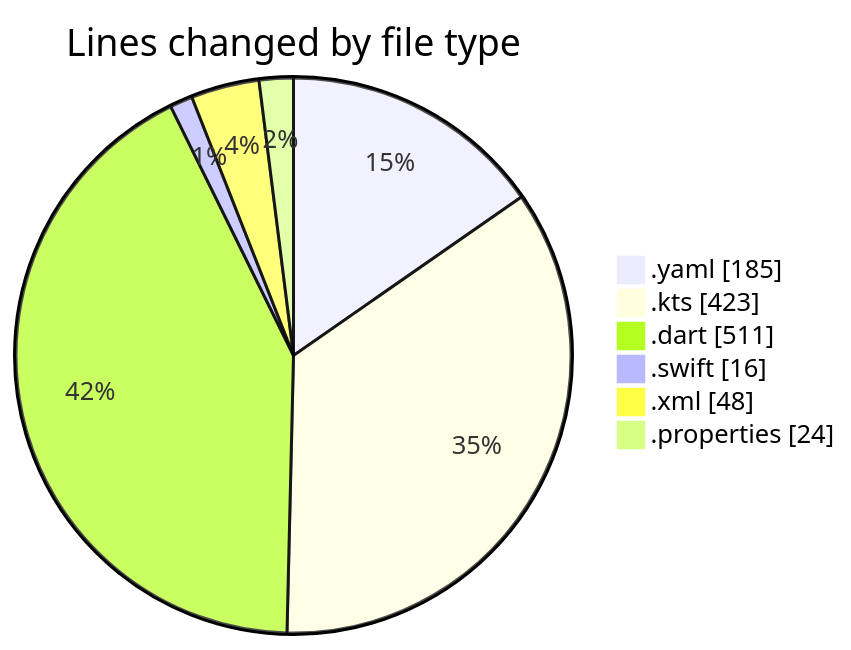
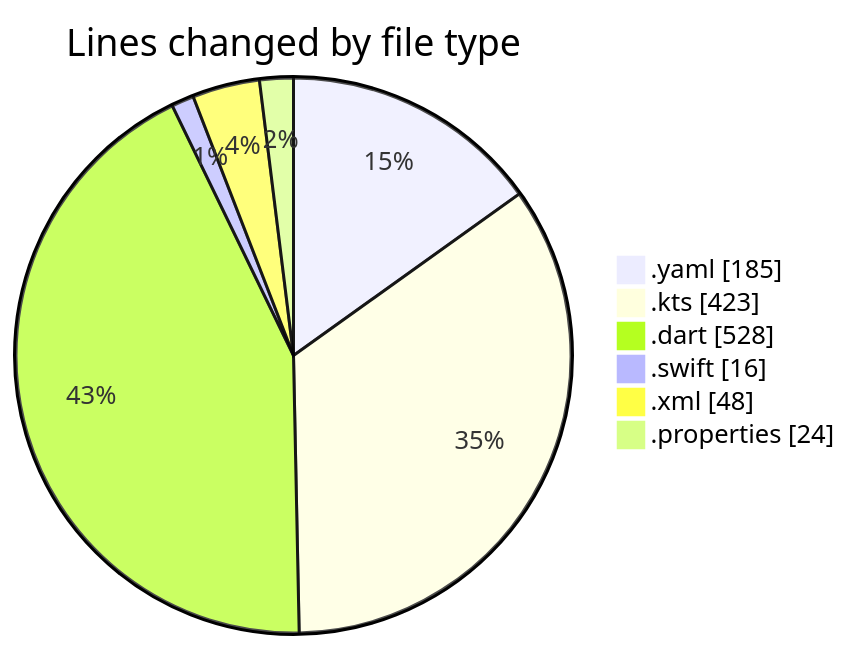
Before and after one commit to donsfak/code-tracking: the first of 2 diagrams in 2025-02-16/uber_clone/README.md, drawn with Mermaid. The commit also changed other lines of this file and 1 other file, not shown here.

````diff
--- a/2025-02-16/uber_clone/README.md
+++ b/2025-02-16/uber_clone/README.md
@@ -31,10 +31,10 @@
 ```mermaid
 pie showData
 title Lines changed by file type
 ".yaml" : 185
 ".kts" : 423
-".dart" : 511
+".dart" : 528
 ".swift" : 16
 ".xml" : 48
 ".properties" : 24
 ```
````
